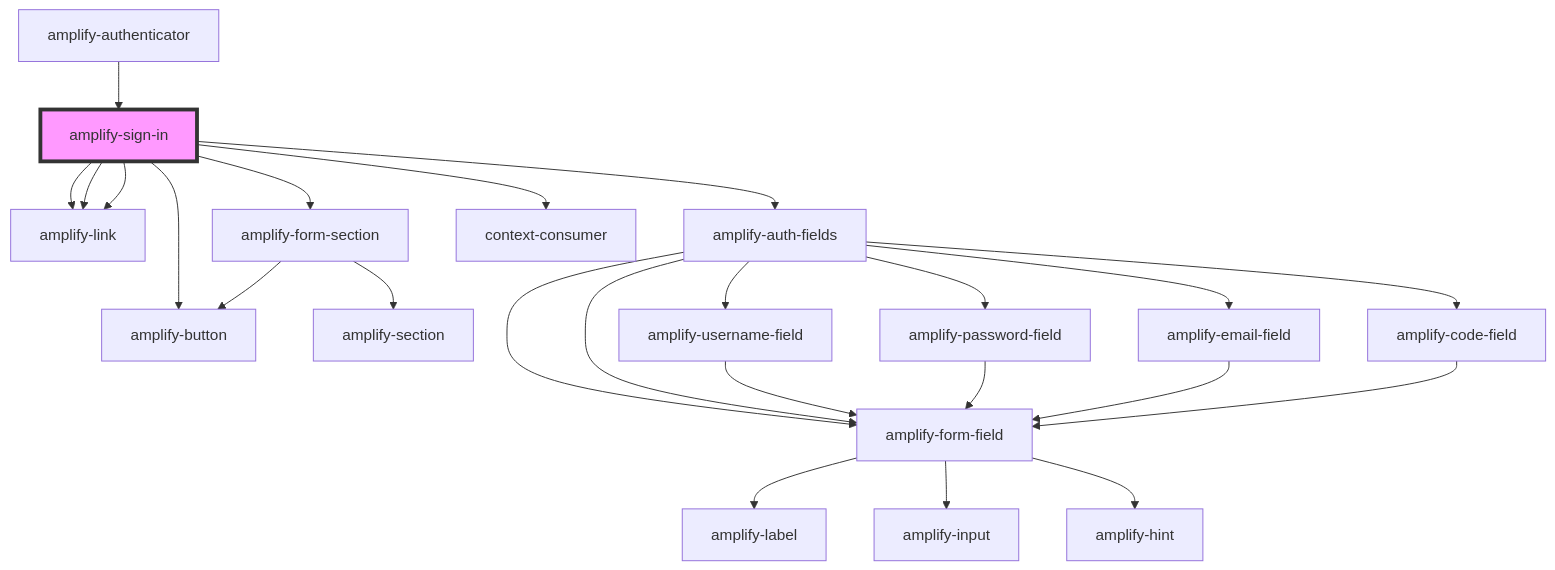
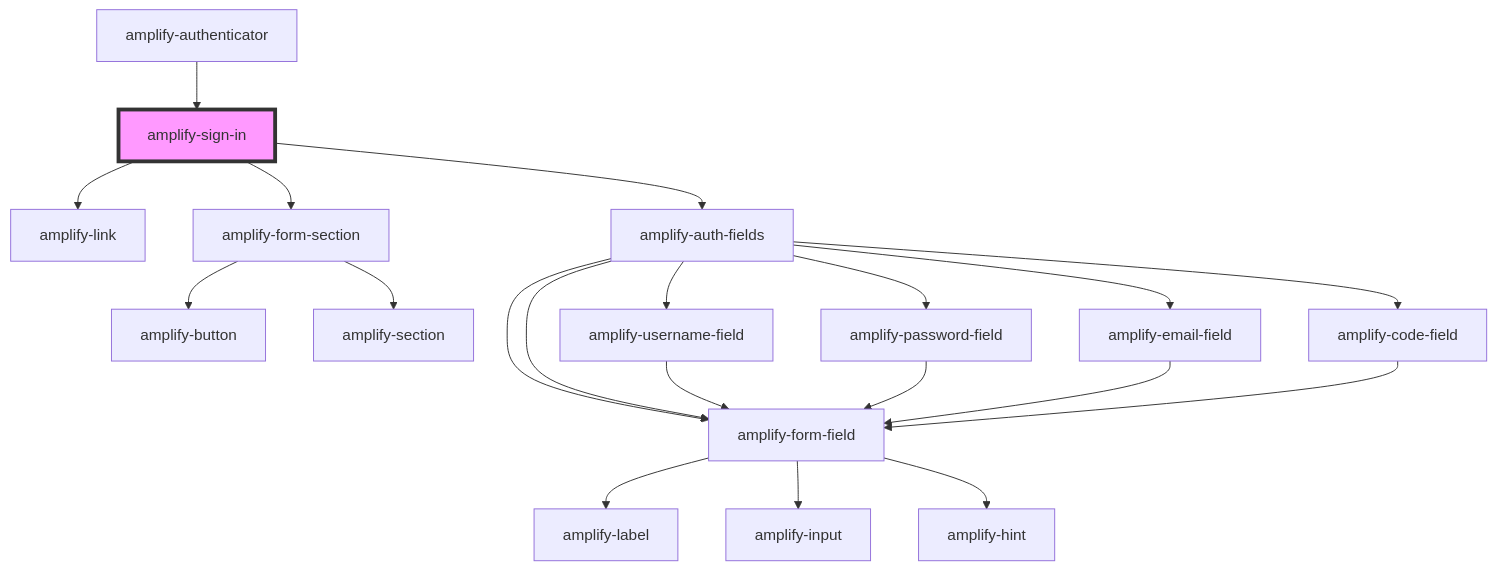
Before and after one commit to aws-amplify/amplify-js: the diagram in packages/amplify-ui-components/src/components/amplify-sign-in/readme.md, drawn with Mermaid. The commit also changed other lines of this file and 7 other files, not shown here.

````diff
--- a/packages/amplify-ui-components/src/components/amplify-sign-in/readme.md
+++ b/packages/amplify-ui-components/src/components/amplify-sign-in/readme.md
@@ -38,27 +34,23 @@
 ```mermaid
 graph TD;
   amplify-sign-in --> amplify-link
   amplify-sign-in --> amplify-form-section
   amplify-sign-in --> amplify-auth-fields
-  amplify-sign-in --> amplify-link
-  amplify-sign-in --> context-consumer
-  amplify-sign-in --> amplify-link
-  amplify-sign-in --> amplify-button
+  amplify-form-section --> amplify-button
   amplify-form-section --> amplify-section
-  amplify-form-section --> amplify-button
   amplify-auth-fields --> amplify-username-field
   amplify-auth-fields --> amplify-password-field
   amplify-auth-fields --> amplify-email-field
   amplify-auth-fields --> amplify-code-field
   amplify-auth-fields --> amplify-form-field
   amplify-auth-fields --> amplify-form-field
   amplify-username-field --> amplify-form-field
   amplify-form-field --> amplify-label
   amplify-form-field --> amplify-input
   amplify-form-field --> amplify-hint
   amplify-password-field --> amplify-form-field
   amplify-email-field --> amplify-form-field
   amplify-code-field --> amplify-form-field
   amplify-authenticator --> amplify-sign-in
   style amplify-sign-in fill:#f9f,stroke:#333,stroke-width:4px
 ```
````
